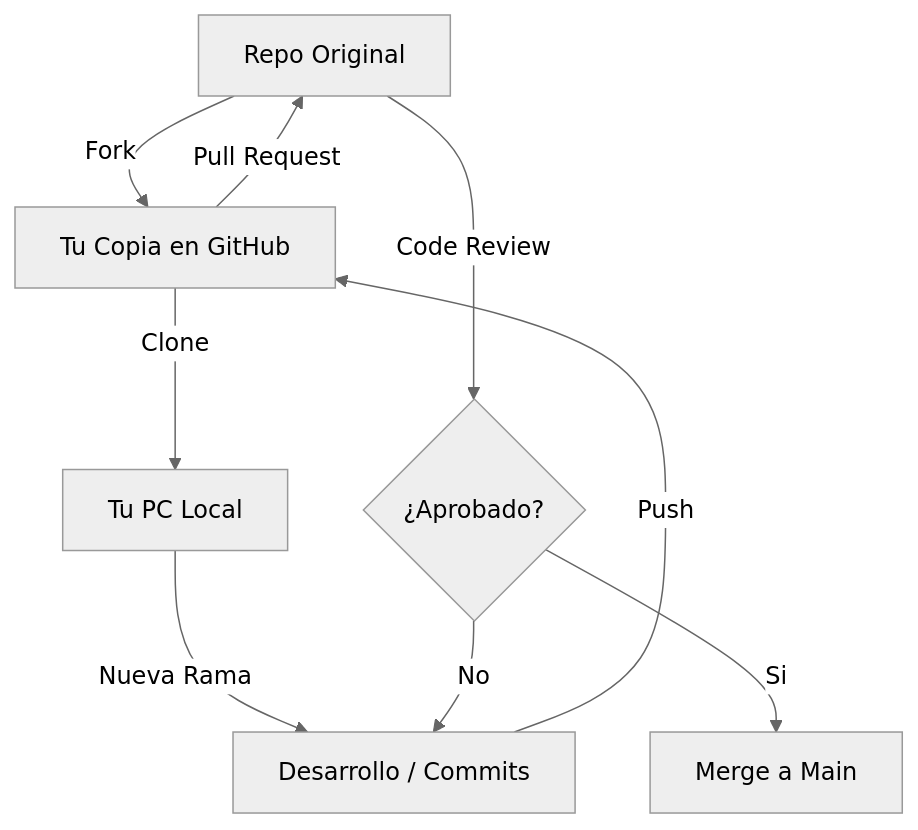
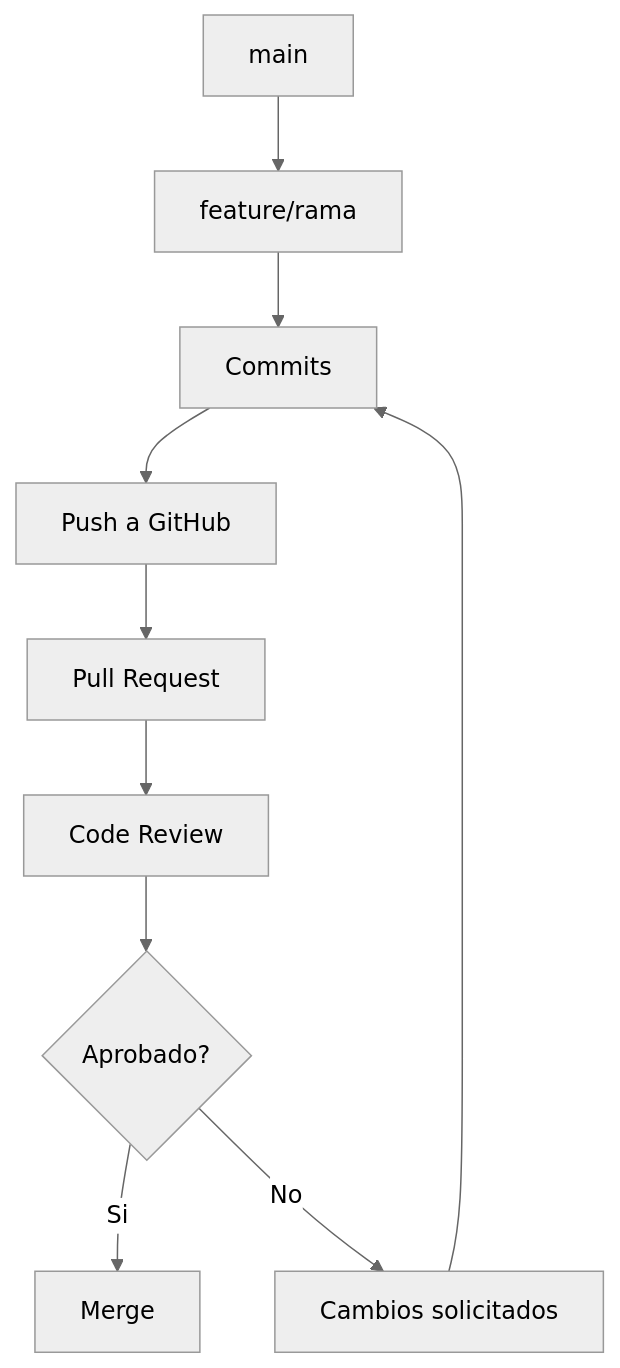
The diagram in class_05/resume_02.md (4GeeksAcademy/dsmora-aie-pt-02), drawn with Mermaid (neutral theme) before and after one commit. The commit also changed other lines of this file and 10 other files, not shown here.

````diff
--- a/class_05/resume_02.md
+++ b/class_05/resume_02.md
@@ -16,11 +40,12 @@
 ```mermaid
 graph TD
-    A[Repo Original] -- "Fork" --> B[Tu Copia en GitHub]
-    B -- "Clone" --> C[Tu PC Local]
-    C -- "Nueva Rama" --> D[Desarrollo / Commits]
-    D -- "Push" --> B
-    B -- "Pull Request" --> A
-    A -- "Code Review" --> E{¿Aprobado?}
-    E -- Si --> F[Merge a Main]
-    E -- No --> D
+    A[main] --> B[feature/rama]
+    B --> C[Commits]
+    C --> D[Push a GitHub]
+    D --> E[Pull Request]
+    E --> F[Code Review]
+    F --> G{Aprobado?}
+    G -->|Si| H[Merge]
+    G -->|No| I[Cambios solicitados]
+    I --> C
 ```
````
